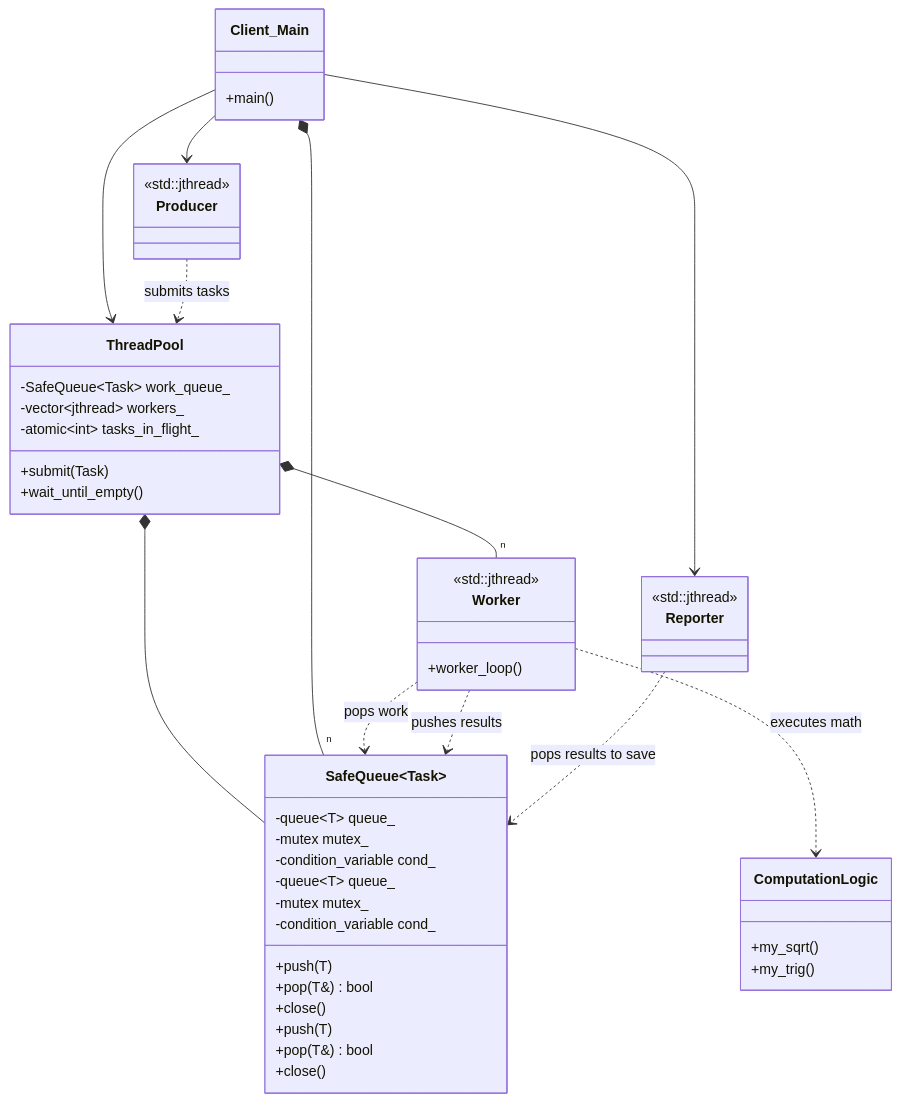
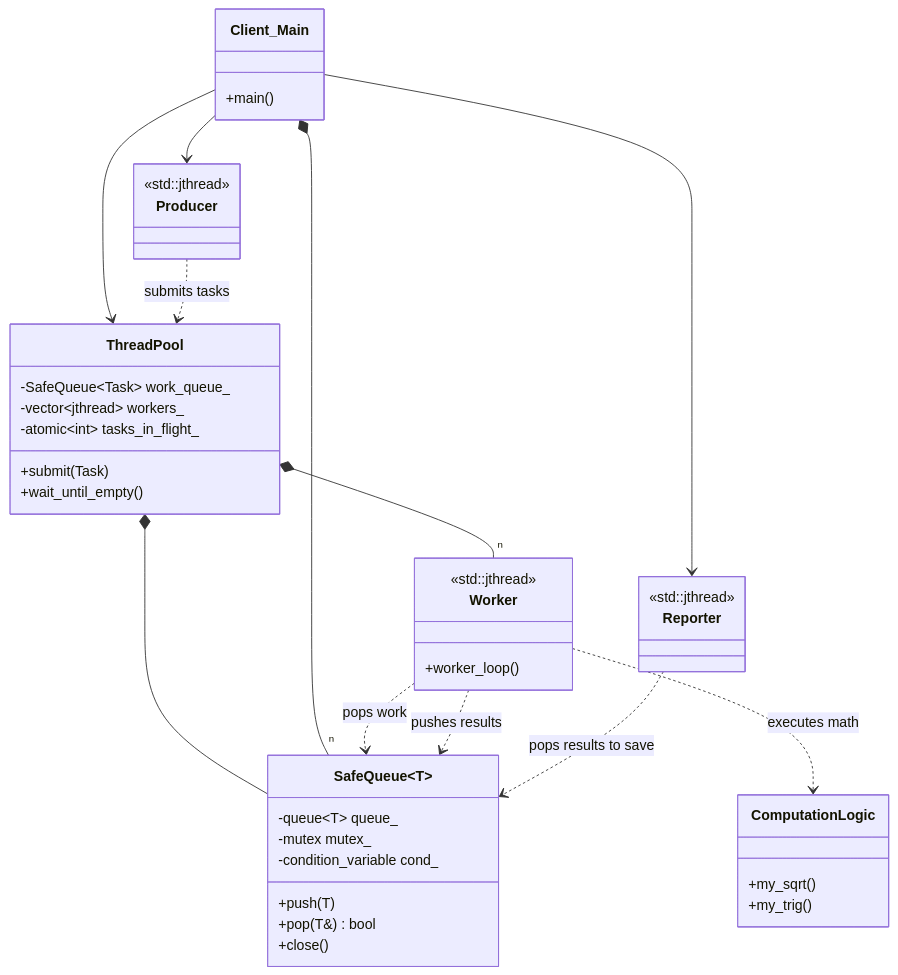
Before and after one commit to MarioGalindoQ/Modern-CPP-Design-Patterns: the diagram in 34_ThreadPool/README.md, drawn with Mermaid. The commit also changed 1 other file, not shown here.

Commit message:
Improve UML

````diff
--- a/34_ThreadPool/README.md
+++ b/34_ThreadPool/README.md
@@ -70,67 +70,58 @@
 ```mermaid
 classDiagram
-   class SafeQueue~Task~ {
-      -queue~T~ queue_
-      -mutex mutex_
-      -condition_variable cond_
-      +push(T)
-      +pop(T&) bool
-      +close()
-   }
-
-   class SafeQueue~Result~ {
+   class SafeQueue~T~ {
       -queue~T~ queue_
       -mutex mutex_
       -condition_variable cond_
       +push(T)
       +pop(T&) bool
       +close()
    }
 
    class ThreadPool {
       -SafeQueue~Task~ work_queue_
       -vector~jthread~ workers_
       -atomic~int~ tasks_in_flight_
       +submit(Task)
       +wait_until_empty()
    }
 
    class Worker {
       <<std::jthread>>
       +worker_loop()
    }
 
    class Client_Main {
       +main()
    }
 
    class Producer {
       <<std::jthread>>
    }
 
    class Reporter {
       <<std::jthread>>
    }
 
    class ComputationLogic {
       +my_sqrt()
       +my_trig()
    }
 
    %% The Pool owns its internal components
    ThreadPool *-- SafeQueue~Task~
    ThreadPool *-- "n" Worker
 
    %% The Client (Main) creates the high-level infrastructure
    Client_Main --> ThreadPool
    Client_Main --> Producer
    Client_Main --> Reporter
    Client_Main *-- "n" SafeQueue~Result~
 
    %% Operational dependencies
    Producer ..> ThreadPool : submits tasks
-   Worker ..> SafeQueue~Task~ : pops work
+   Worker ..> SafeQueue~T~ : pops work
    Worker ..> ComputationLogic : executes math
-   Worker ..> SafeQueue~Result~ : pushes results
-   Reporter ..> SafeQueue~Result~ : pops results to save
+   Worker ..> SafeQueue~T~ : pushes results
+   Reporter ..> SafeQueue~T~ : pops results to save
 ```
````
